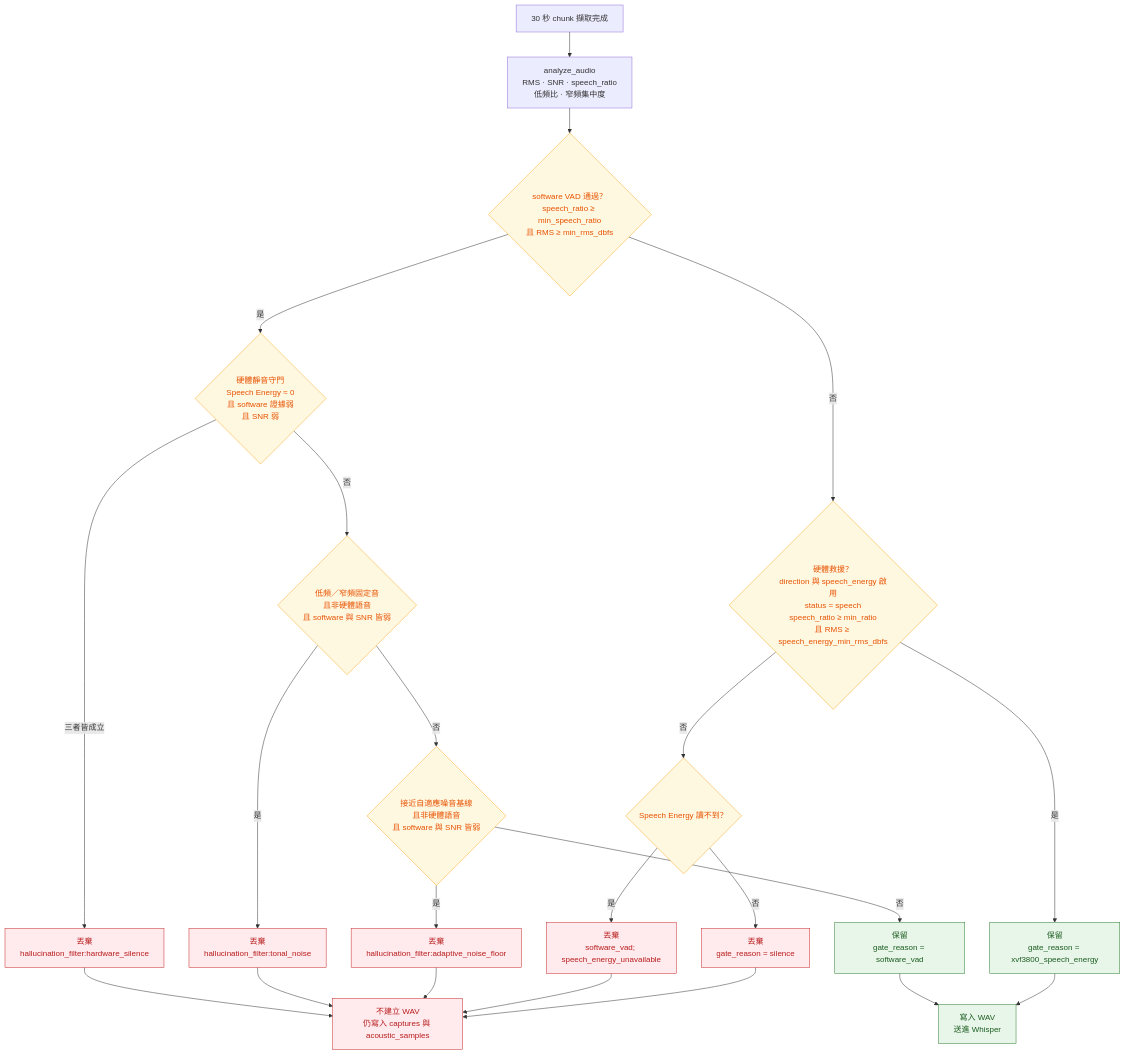
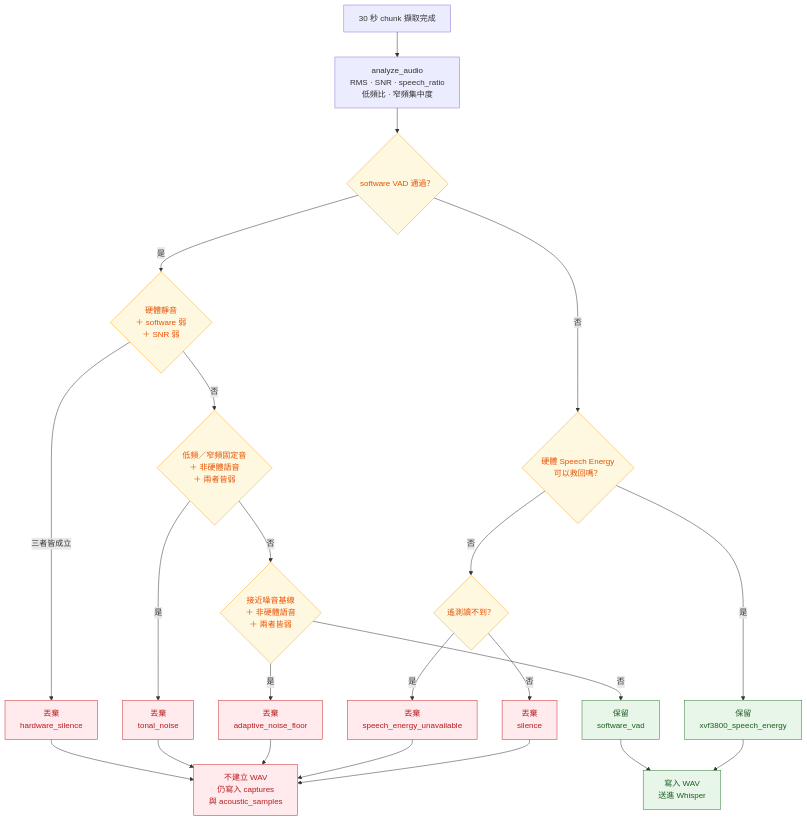
Before and after one commit to pcpcchen-coder/FamilyRecorder: the third of 11 diagrams in docs/architecture.md, drawn with Mermaid. The commit also changed other lines of this file and 25 other files, not shown here.

````diff
--- a/docs/architecture.md
+++ b/docs/architecture.md
@@ -197,30 +197,30 @@
 ```mermaid
 flowchart TB
     START["30 秒 chunk 擷取完成"] --> ANA["analyze_audio<br/>RMS · SNR · speech_ratio<br/>低頻比 · 窄頻集中度"]
-    ANA --> SWQ{"software VAD 通過？<br/>speech_ratio ≥ min_speech_ratio<br/>且 RMS ≥ min_rms_dbfs"}
+    ANA --> SWQ{"software VAD 通過？"}
 
-    SWQ -->|"是"| HWSIL{"硬體靜音守門<br/>Speech Energy ≈ 0<br/>且 software 證據弱<br/>且 SNR 弱"}
-    HWSIL -->|"三者皆成立"| R1["丟棄<br/>hallucination_filter:hardware_silence"]
-    HWSIL -->|"否"| TONAL{"低頻／窄頻固定音<br/>且非硬體語音<br/>且 software 與 SNR 皆弱"}
-    TONAL -->|"是"| R2["丟棄<br/>hallucination_filter:tonal_noise"]
-    TONAL -->|"否"| NOISE{"接近自適應噪音基線<br/>且非硬體語音<br/>且 software 與 SNR 皆弱"}
-    NOISE -->|"是"| R3["丟棄<br/>hallucination_filter:adaptive_noise_floor"]
-    NOISE -->|"否"| K1["保留<br/>gate_reason = software_vad"]
+    SWQ -->|"是"| HWSIL{"硬體靜音<br/>＋ software 弱<br/>＋ SNR 弱"}
+    HWSIL -->|"三者皆成立"| R1["丟棄<br/>hardware_silence"]
+    HWSIL -->|"否"| TONAL{"低頻／窄頻固定音<br/>＋ 非硬體語音<br/>＋ 兩者皆弱"}
+    TONAL -->|"是"| R2["丟棄<br/>tonal_noise"]
+    TONAL -->|"否"| NOISE{"接近噪音基線<br/>＋ 非硬體語音<br/>＋ 兩者皆弱"}
+    NOISE -->|"是"| R3["丟棄<br/>adaptive_noise_floor"]
+    NOISE -->|"否"| K1["保留<br/>software_vad"]
 
-    SWQ -->|"否"| HWQ{"硬體救援？<br/>direction 與 speech_energy 啟用<br/>status = speech<br/>speech_ratio ≥ min_ratio<br/>且 RMS ≥ speech_energy_min_rms_dbfs"}
-    HWQ -->|"是"| K2["保留<br/>gate_reason = xvf3800_speech_energy"]
-    HWQ -->|"否"| UNAVL{"Speech Energy 讀不到？"}
-    UNAVL -->|"是"| R4["丟棄<br/>software_vad; speech_energy_unavailable"]
-    UNAVL -->|"否"| R5["丟棄<br/>gate_reason = silence"]
+    SWQ -->|"否"| HWQ{"硬體 Speech Energy<br/>可以救回嗎？"}
+    HWQ -->|"是"| K2["保留<br/>xvf3800_speech_energy"]
+    HWQ -->|"否"| UNAVL{"遙測讀不到？"}
+    UNAVL -->|"是"| R4["丟棄<br/>speech_energy_unavailable"]
+    UNAVL -->|"否"| R5["丟棄<br/>silence"]
 
     K1 --> WAV["寫入 WAV<br/>送進 Whisper"]
     K2 --> WAV
-    R1 & R2 & R3 & R4 & R5 --> TEL["不建立 WAV<br/>仍寫入 captures 與 acoustic_samples"]
+    R1 & R2 & R3 & R4 & R5 --> TEL["不建立 WAV<br/>仍寫入 captures<br/>與 acoustic_samples"]
 
     classDef keep fill:#e8f5e9,stroke:#2e7d32,color:#1b5e20
     classDef drop fill:#ffebee,stroke:#c62828,color:#b71c1c
     classDef q fill:#fff8e1,stroke:#f9a825,color:#e65100
     class K1,K2,WAV keep
     class R1,R2,R3,R4,R5,TEL drop
     class SWQ,HWSIL,TONAL,NOISE,HWQ,UNAVL q
 ```
````
